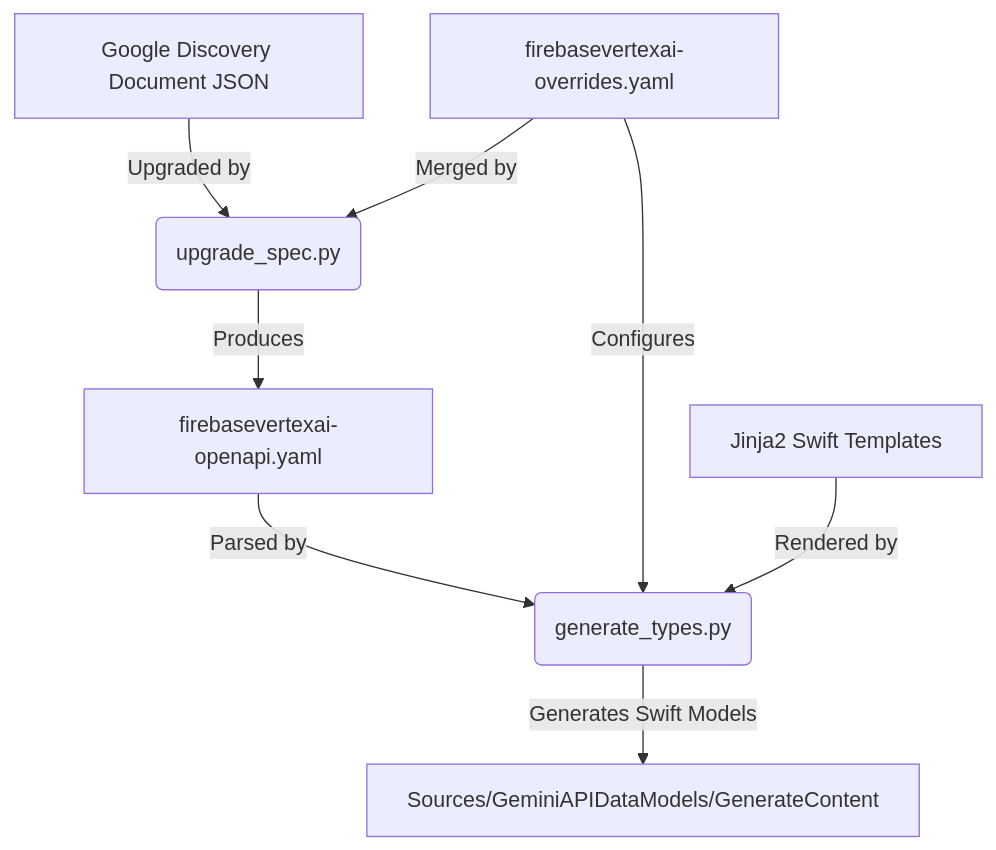
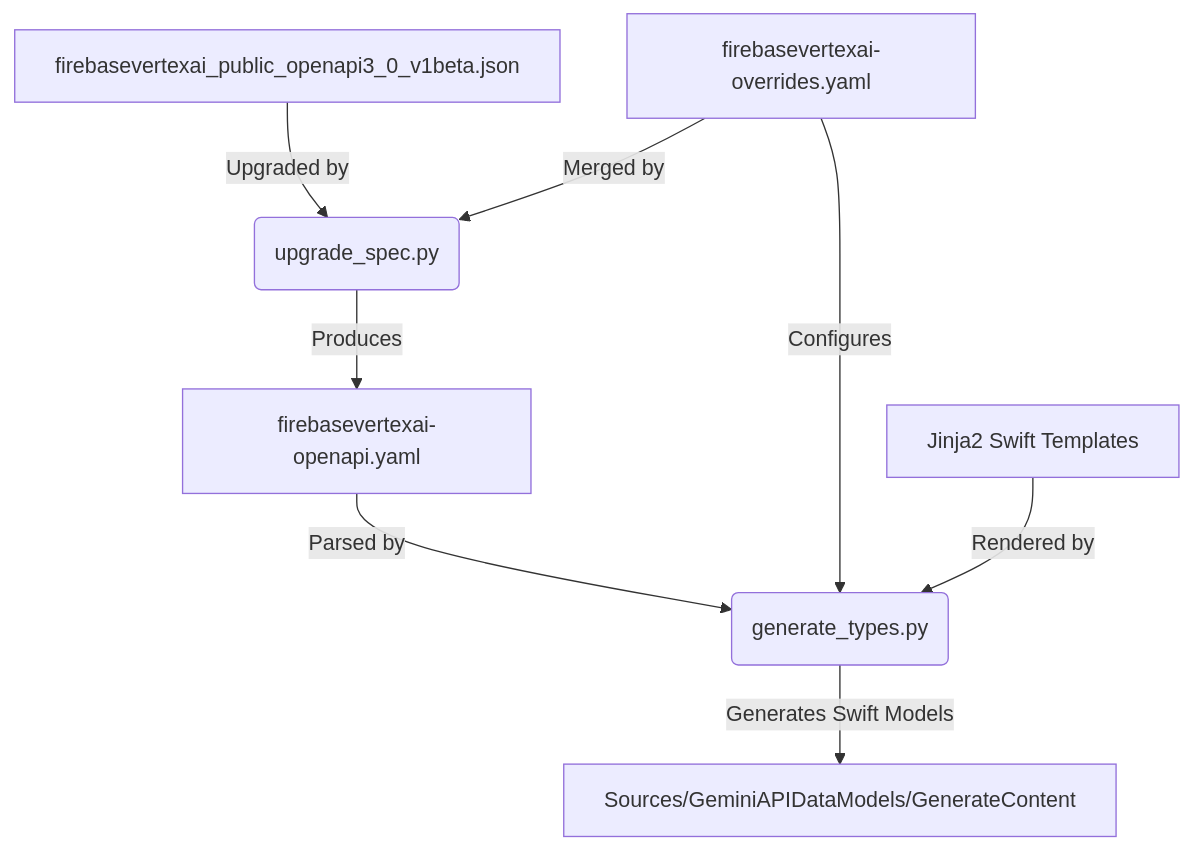
One commit to firebase/firebase-ios-sdk changed the diagram in GeminiLanguageModel/scripts/typegen/README.md. Above: the diagram before and after it, drawn with Mermaid. The commit also changed other lines of this file and 4 other files, not shown here.

````diff
--- a/GeminiLanguageModel/scripts/typegen/README.md
+++ b/GeminiLanguageModel/scripts/typegen/README.md
@@ -11,10 +11,10 @@
 ```mermaid
 graph TD
-    A["Google Discovery Document JSON"] -->|Upgraded by| B("upgrade_spec.py")
+    A["firebasevertexai_public_openapi3_0_v1beta.json"] -->|Upgraded by| B("upgrade_spec.py")
     E["firebasevertexai-overrides.yaml"] -->|Merged by| B
     B -->|Produces| F["firebasevertexai-openapi.yaml"]
     F -->|Parsed by| C("generate_types.py")
     E -->|Configures| C
     D["Jinja2 Swift Templates"] -->|Rendered by| C
     C -->|Generates Swift Models| G["Sources/GeminiAPIDataModels/GenerateContent"]
 ```
````
